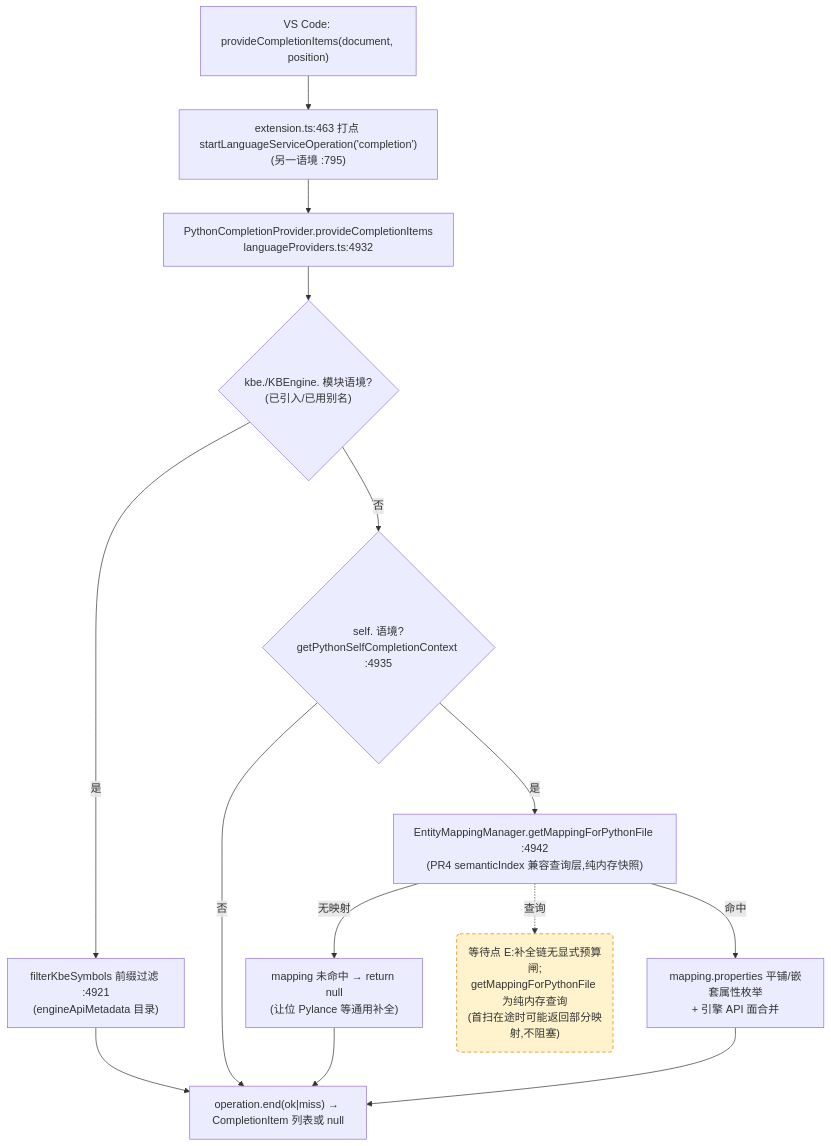
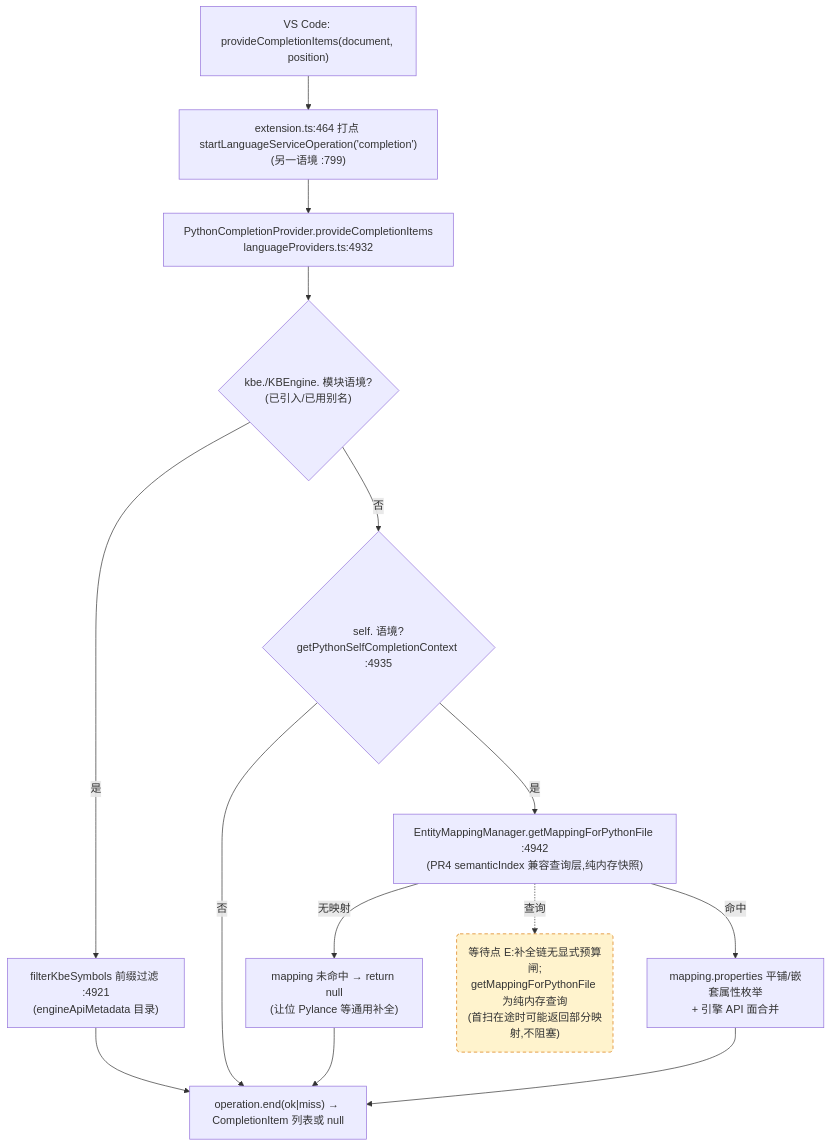
One commit to cuihairu/kode changed the third of 4 diagrams in docs/perf/2026-baseline.md. Above: the diagram before and after it, drawn with Mermaid. The commit also changed other lines of this file and 5 other files, not shown here.

````diff
--- a/docs/perf/2026-baseline.md
+++ b/docs/perf/2026-baseline.md
@@ -184,27 +184,27 @@
 ```mermaid
 flowchart TD
   VC3["VS Code: provideCompletionItems(document, position)"]
-  M3["extension.ts:463 打点 startLanguageServiceOperation('completion')<br/>(另一语境 :795)"]
+  M3["extension.ts:464 打点 startLanguageServiceOperation('completion')<br/>(另一语境 :799)"]
   CP["PythonCompletionProvider.provideCompletionItems<br/>languageProviders.ts:4932"]
   KBEC{"kbe./KBEngine. 模块语境?<br/>(已引入/已用别名)"}
   FILTER["filterKbeSymbols 前缀过滤 :4921<br/>(engineApiMetadata 目录)"]
   SELFC{"self. 语境?<br/>getPythonSelfCompletionContext :4935"}
   MAP["EntityMappingManager.getMappingForPythonFile :4942<br/>(PR4 semanticIndex 兼容查询层,纯内存快照)"]
   NOMAP["mapping 未命中 → return null<br/>(让位 Pylance 等通用补全)"]
   PROPS["mapping.properties 平铺/嵌套属性枚举<br/>+ 引擎 API 面合并"]
   END3["operation.end(ok|miss) → CompletionItem 列表或 null"]
 
   VC3 --> M3 --> CP --> KBEC
   KBEC -- "是" --> FILTER --> END3
   KBEC -- "否" --> SELFC
   SELFC -- "否" --> END3
   SELFC -- "是" --> MAP
   MAP -- "无映射" --> NOMAP --> END3
   MAP -- "命中" --> PROPS --> END3
 
   WAITE("等待点 E:补全链无显式预算闸;<br/>getMappingForPythonFile 为纯内存查询<br/>(首扫在途时可能返回部分映射,不阻塞)")
   MAP -.->|查询| WAITE
 
   classDef waitPoint fill:#fff3cd,stroke:#d97706,stroke-dasharray:5 4;
   class WAITE waitPoint;
 ```
````
